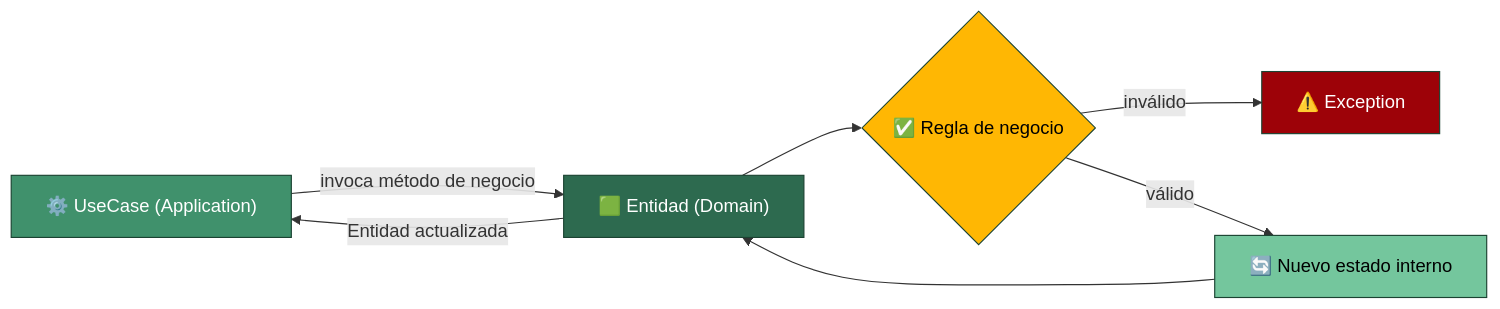
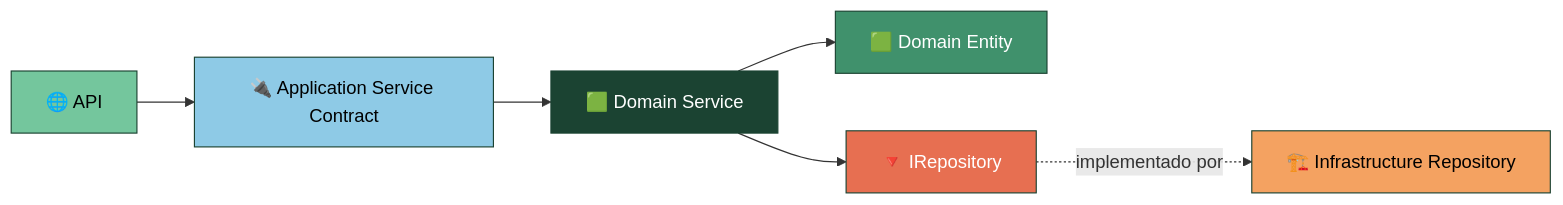
One commit to jhoncalleflores1035/precotex-backend-arquitectura changed the second of 3 diagrams in PrecotexProyecto/src/Precotex.Proyecto.Domain/README.md. Above: the diagram before and after it, drawn with Mermaid. The commit also changed other lines of this file and 2 other files, not shown here.

Commit message:
Domain actualizado

````diff
--- a/PrecotexProyecto/src/Precotex.Proyecto.Domain/README.md
+++ b/PrecotexProyecto/src/Precotex.Proyecto.Domain/README.md
@@ -48,15 +59,15 @@
 ```mermaid
 flowchart LR
-    A["⚙️ UseCase (Application)"] -->|"invoca método de negocio"| B["🟩 Entidad (Domain)"]
-    B --> C{"✅ Regla de negocio"}
-    C -->|inválido| X["⚠️ Exception"]
-    C -->|válido| D["🔄 Nuevo estado interno"]
-    D --> B
-    B -->|"Entidad actualizada"| A
+    A["🌐 API"] --> B["🔌 Application Service Contract"]
+    B --> C["🟩 Domain Service"]
+    C --> D["🟩 Domain Entity"]
+    C --> E["🔻 IRepository"]
+    E -.implementado por.-> F["🏗️ Infrastructure Repository"]
 
-    style A fill:#40916c,stroke:#1b4332,color:#fff
-    style B fill:#2d6a4f,stroke:#1b4332,color:#fff
-    style C fill:#ffb703,stroke:#1b4332,color:#000
-    style X fill:#9d0208,stroke:#1b4332,color:#fff
-    style D fill:#74c69d,stroke:#1b4332,color:#000
+    style A fill:#74c69d,stroke:#1b4332,color:#000
+    style B fill:#8ecae6,stroke:#1b4332,color:#000
+    style C fill:#1b4332,stroke:#1b4332,color:#fff
+    style D fill:#40916c,stroke:#1b4332,color:#fff
+    style E fill:#e76f51,stroke:#1b4332,color:#fff
+    style F fill:#f4a261,stroke:#1b4332,color:#000
 ```
````
